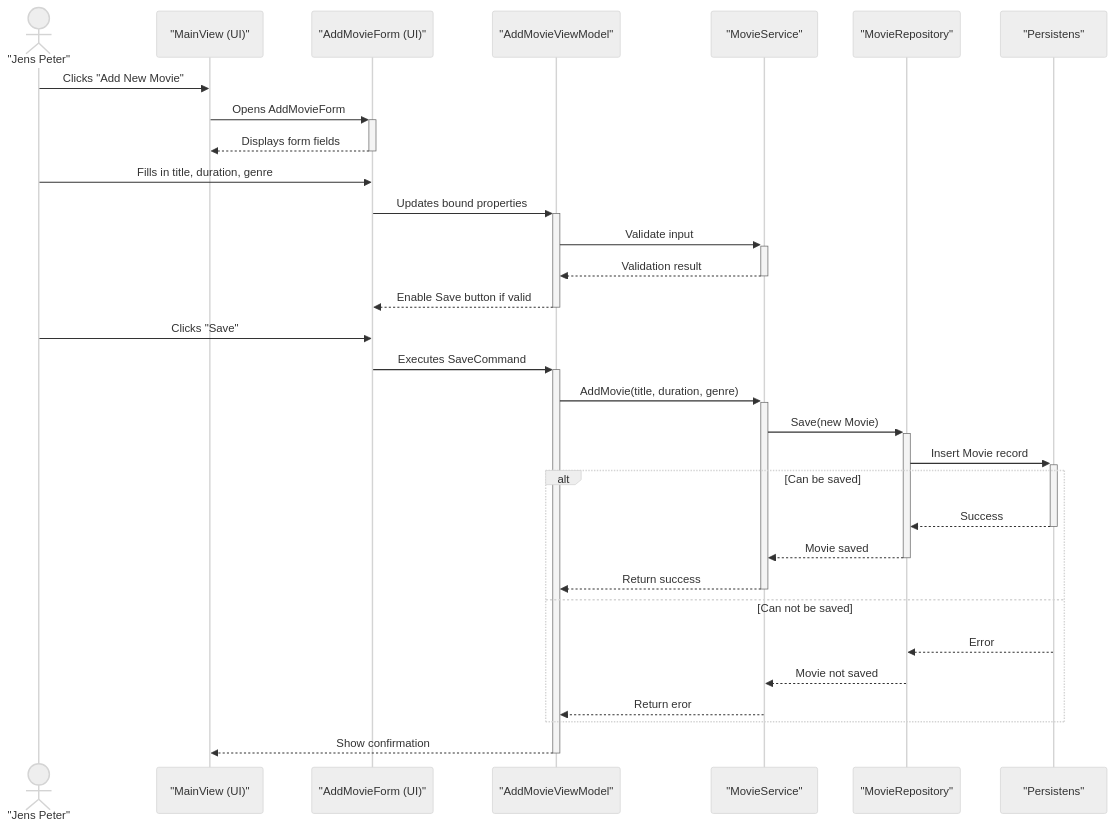
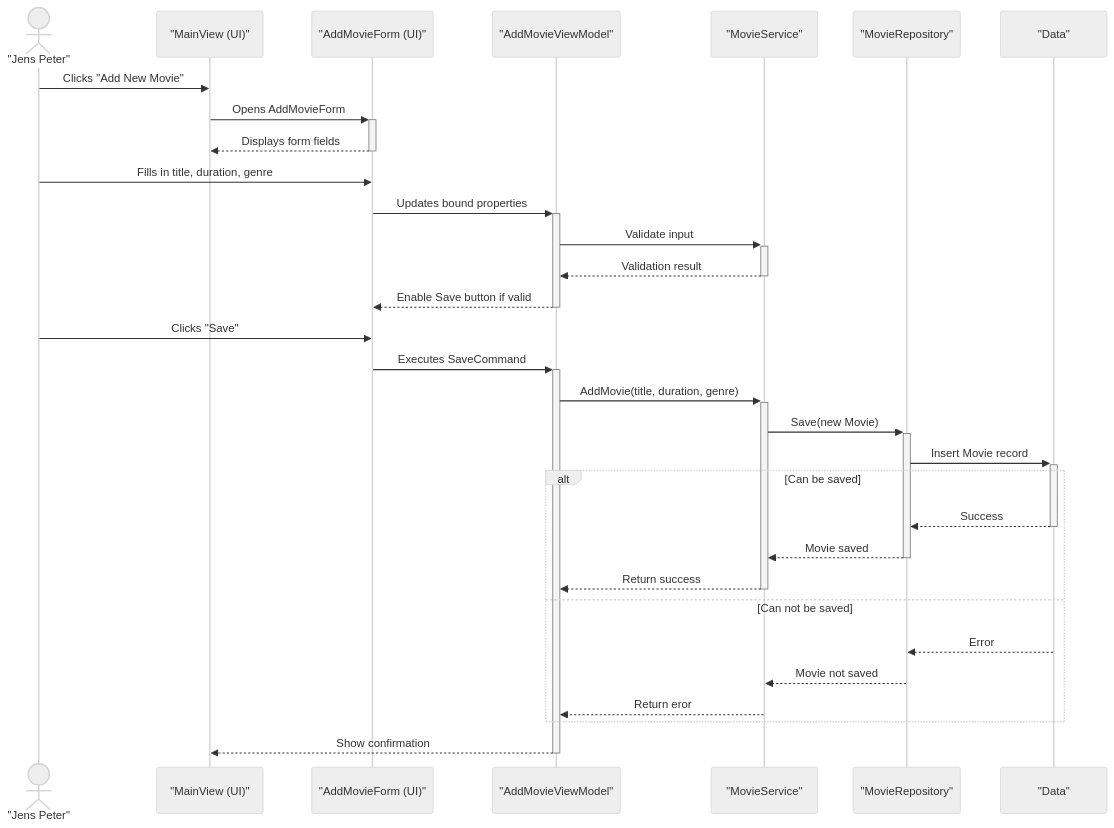
One commit to DMOoF25/TheMovie changed the diagram in docs/SD.mmd. Above: the diagram before and after it, drawn with Mermaid (neutral theme).

```diff
--- a/docs/SD.mmd
+++ b/docs/SD.mmd
@@ -1,36 +1,36 @@
 sequenceDiagram
     actor JensPeter as "Jens Peter"
     participant UI as "MainView (UI)"
     participant Form as "AddMovieForm (UI)"
     participant VM as "AddMovieViewModel"
     participant Service as "MovieService"
     participant Repo as "MovieRepository"
-    participant DB as "Persistens"
+    participant DB as "Data"
 
     JensPeter->>UI: Clicks "Add New Movie"
     UI->>+Form: Opens AddMovieForm
     Form-->>-UI: Displays form fields
 
     JensPeter->>Form: Fills in title, duration, genre
     Form->>+VM: Updates bound properties
 
     VM->>+Service: Validate input
     Service-->>-VM: Validation result
     VM-->>-Form: Enable Save button if valid
 
     JensPeter->>Form: Clicks "Save"
     Form->>+VM: Executes SaveCommand
 
     VM->>+Service: AddMovie(title, duration, genre)
     Service->>+Repo: Save(new Movie)
     Repo->>+DB: Insert Movie record
     alt Can be saved
     DB-->>-Repo: Success
     Repo-->>-Service: Movie saved
     Service-->>-VM: Return success
     else Can not be saved
     DB-->>Repo: Error
     Repo-->>Service: Movie not saved
     Service-->>VM: Return eror
     end
     VM-->>-UI: Show confirmation
```
